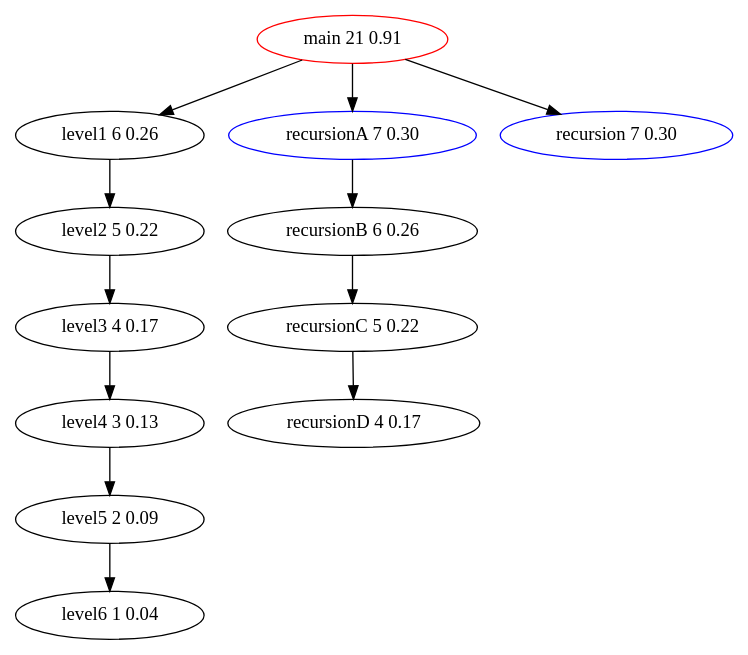
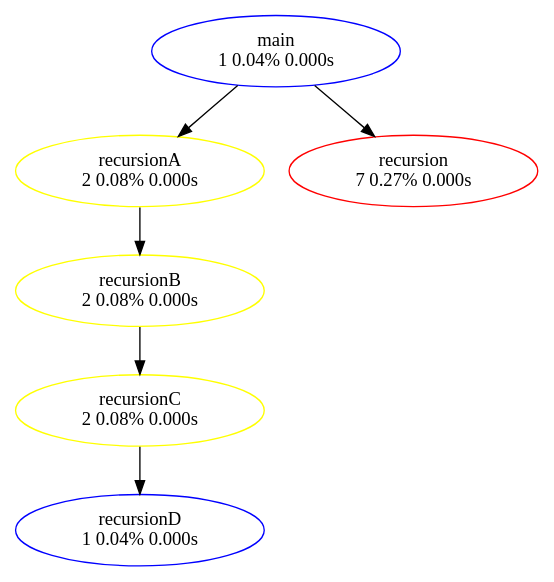
The diagram in graph.dot (LiuYinCarl/luaprof), drawn with Graphviz before and after one commit. The commit also changed 7 other files, not shown here.

Commit message:
实现函数执行耗时统计，生成图表节点剪枝功能

```diff
--- a/graph.dot
+++ b/graph.dot
@@ -1,28 +1,16 @@
 digraph {
 //节点定义
-main[label="main 21 0.91" color=red];
-level1[label="level1 6 0.26" color=black];
-level2[label="level2 5 0.22" color=black];
-level3[label="level3 4 0.17" color=black];
-level4[label="level4 3 0.13" color=black];
-level5[label="level5 2 0.09" color=black];
-level6[label="level6 1 0.04" color=black];
-recursionA[label="recursionA 7 0.30" color=blue];
-recursionB[label="recursionB 6 0.26" color=black];
-recursionC[label="recursionC 5 0.22" color=black];
-recursionD[label="recursionD 4 0.17" color=black];
-recursion[label="recursion 7 0.30" color=blue];
+main[label="main\n 1 0.04% 0.000s" color=blue];
+recursionA[label="recursionA\n 2 0.08% 0.000s" color=yellow];
+recursionB[label="recursionB\n 2 0.08% 0.000s" color=yellow];
+recursionC[label="recursionC\n 2 0.08% 0.000s" color=yellow];
+recursionD[label="recursionD\n 1 0.04% 0.000s" color=blue];
+recursion[label="recursion\n 7 0.27% 0.000s" color=red];
 
 
-main -> level1;
-level1 -> level2;
-level2 -> level3;
-level3 -> level4;
-level4 -> level5;
-level5 -> level6;
 main -> recursionA;
 recursionA -> recursionB;
 recursionB -> recursionC;
 recursionC -> recursionD;
 main -> recursion;
 }
```
